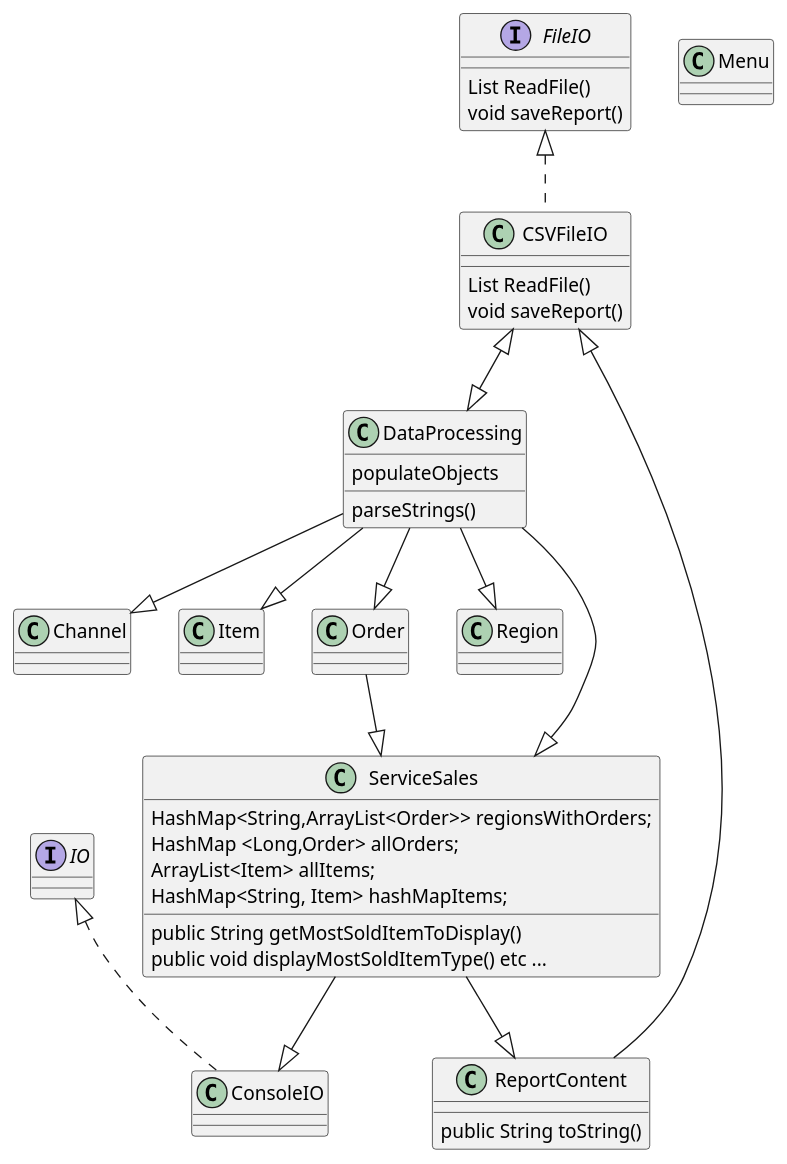
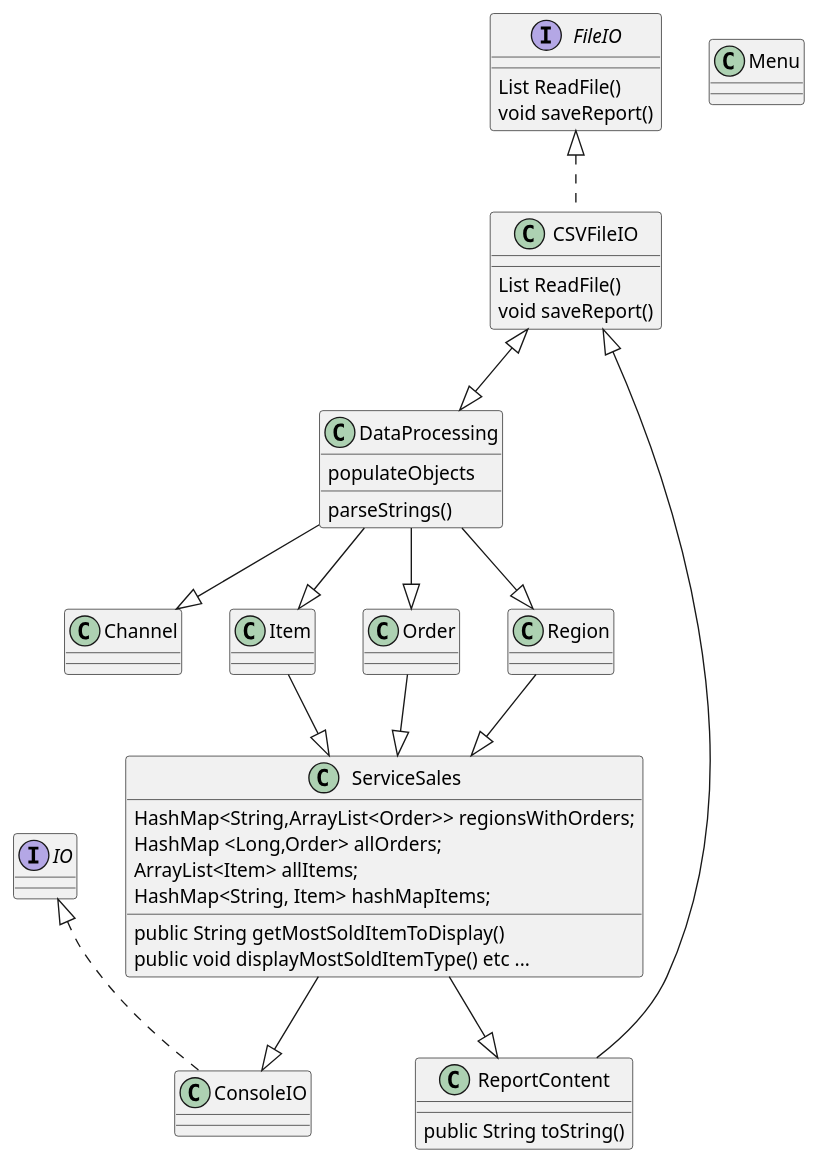
Before and after one commit to TomForsell/ReskillAssignmentOne: the diagram in design/ReskillAssignmentOne - Svetlana & Tom.puml, drawn with PlantUML.

Commit message:
drawing UML

```diff
--- a/design/ReskillAssignmentOne - Svetlana & Tom.puml
+++ b/design/ReskillAssignmentOne - Svetlana & Tom.puml
@@ -1,47 +1,49 @@
 @startuml
 'https://plantuml.com/class-diagram
 
 class Channel
 class ConsoleIO implements IO
 class CSVFileIO implements FileIO{
 List ReadFile()
 void saveReport()
 }
 class DataProcessing{
 parseStrings()
 populateObjects
 }
 interface FileIO{
 List ReadFile()
 void saveReport()
 }
 
 interface IO
 class Item
 class Menu
 class Order
 class Region
 class ReportContent{
 public String toString()
 }
 class ServiceSales{
  HashMap<String,ArrayList<Order>> regionsWithOrders;
  HashMap <Long,Order> allOrders;
  ArrayList<Item> allItems;
  HashMap<String, Item> hashMapItems;
   public String getMostSoldItemToDisplay()
   public void displayMostSoldItemType() etc ...
 }
 
 
 CSVFileIO <|-- ReportContent
 CSVFileIO <|--|> DataProcessing
 DataProcessing --|> Order
-DataProcessing --|> ServiceSales
+Item --|> ServiceSales
+Region --|> ServiceSales
+
 DataProcessing --|> Region
 DataProcessing --|> Item
 DataProcessing --|> Channel
 ServiceSales --|> ReportContent
 ServiceSales --|> ConsoleIO
 Order --|> ServiceSales
 @enduml
```
